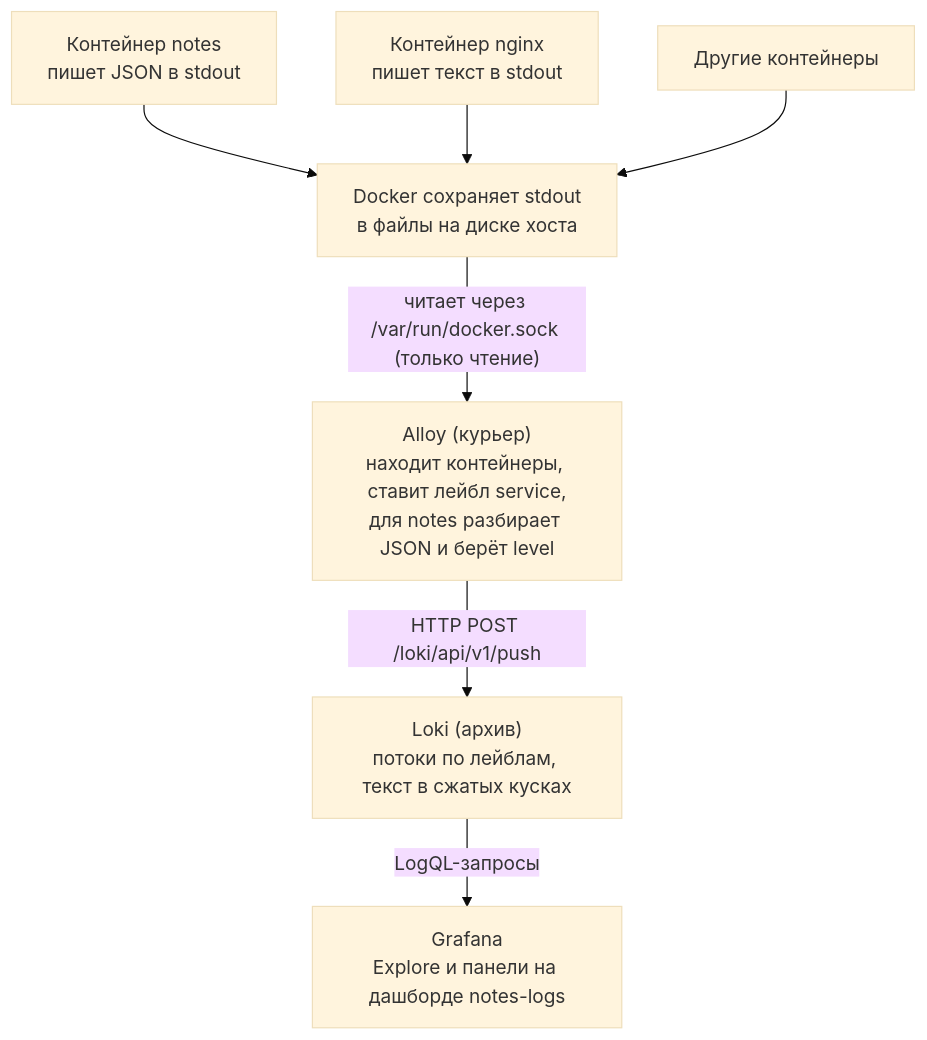
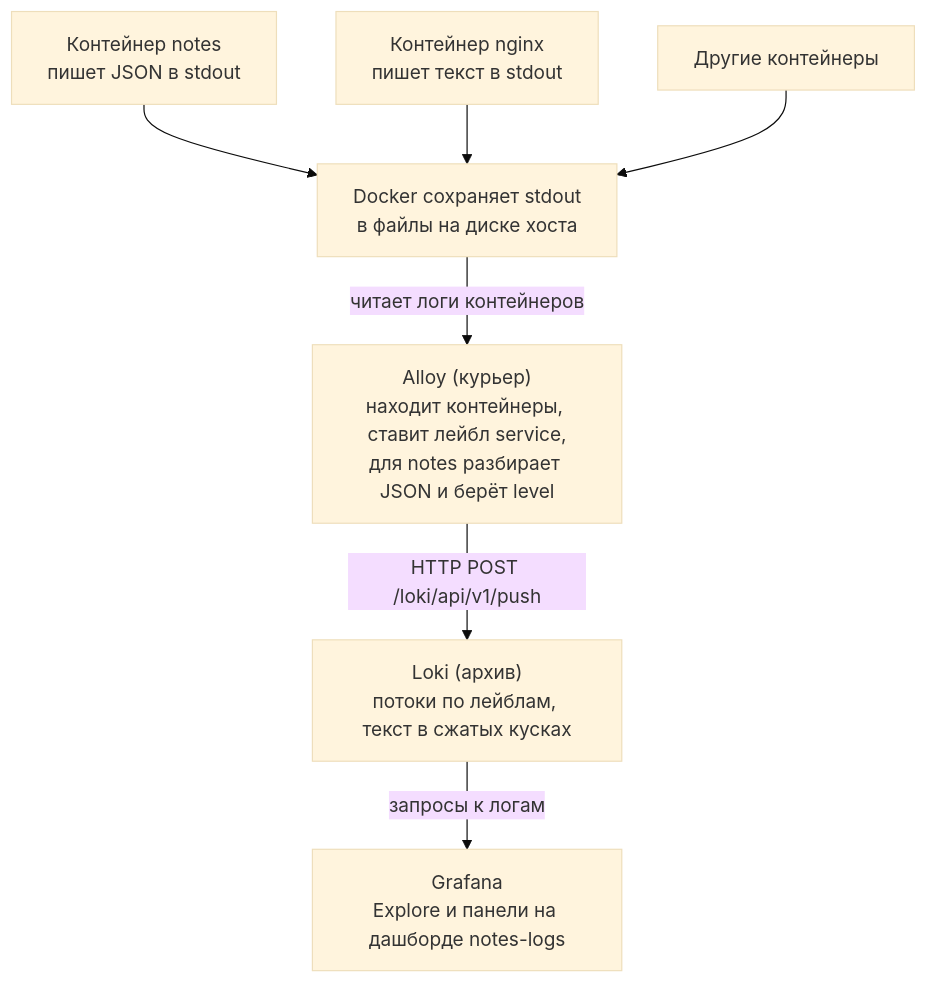
The first of 3 diagrams in devops/08-observability/07-logs-loki-alloy.md (distinguished-sre/learning), drawn with Mermaid (base theme) before and after one commit. The commit also changed other lines of this file and 462 other files, not shown here.

````diff
--- a/devops/08-observability/07-logs-loki-alloy.md
+++ b/devops/08-observability/07-logs-loki-alloy.md
@@ -47,9 +51,9 @@
 ```mermaid
 flowchart TD
     C1["Контейнер notes<br>пишет JSON в stdout"] --> D["Docker сохраняет stdout<br>в файлы на диске хоста"]
     C2["Контейнер nginx<br>пишет текст в stdout"] --> D
     C3["Другие контейнеры"] --> D
-    D -->|"читает через /var/run/docker.sock (только чтение)"| AL["Alloy (курьер)<br>находит контейнеры, ставит лейбл service,<br>для notes разбирает JSON и берёт level"]
+    D -->|"читает логи контейнеров"| AL["Alloy (курьер)<br>находит контейнеры, ставит лейбл service,<br>для notes разбирает JSON и берёт level"]
     AL -->|"HTTP POST /loki/api/v1/push"| LK["Loki (архив)<br>потоки по лейблам, текст в сжатых кусках"]
-    LK -->|"LogQL-запросы"| GR["Grafana<br>Explore и панели на дашборде notes-logs"]
+    LK -->|"запросы к логам"| GR["Grafana<br>Explore и панели на дашборде notes-logs"]
 ```
````
